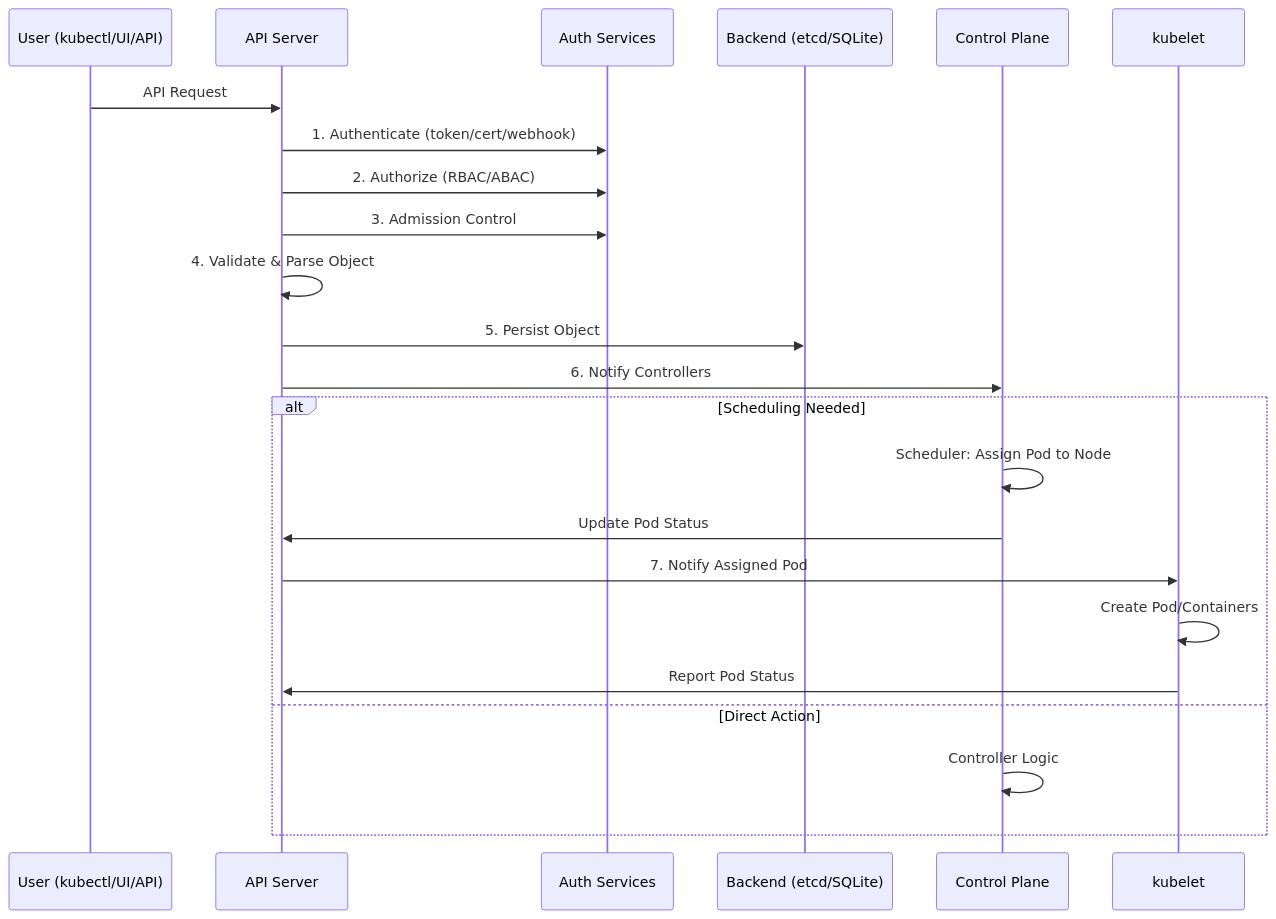
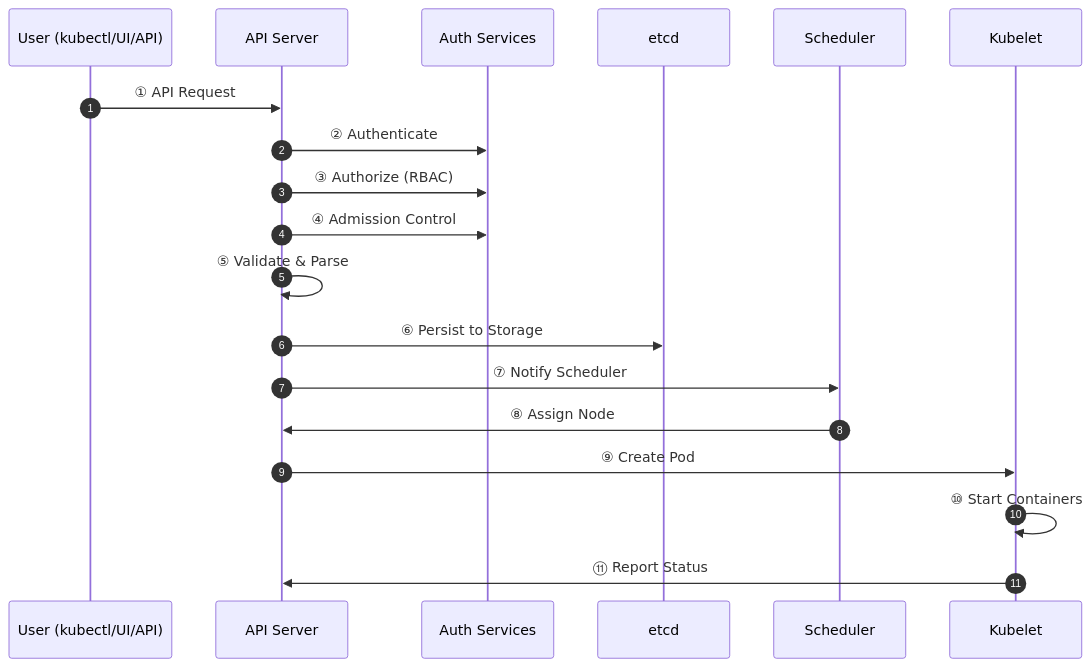
One commit to zaragholami/k8s-kubernetes changed the second of 3 diagrams in README.md. Above: the diagram before and after it, drawn with Mermaid. The commit also changed other lines of this file, not shown here.

````diff
--- a/README.md
+++ b/README.md
@@ -96,26 +92,22 @@
 ```mermaid
 sequenceDiagram
+    autonumber
     participant User as User (kubectl/UI/API)
-    participant API_Server as API Server
+    participant API as API Server
     participant Auth as Auth Services
-    participant Backend as Backend (etcd/SQLite)
-    participant Control as Control Plane
-    participant Kubelet as kubelet
-
-    User->>API_Server: API Request
-    API_Server->>Auth: 1. Authenticate (token/cert/webhook)
-    API_Server->>Auth: 2. Authorize (RBAC/ABAC)
-    API_Server->>Auth: 3. Admission Control
-    API_Server->>API_Server: 4. Validate & Parse Object
-    API_Server->>Backend: 5. Persist Object
-    API_Server->>Control: 6. Notify Controllers
-    alt Scheduling Needed
-        Control->>Control: Scheduler: Assign Pod to Node
-        Control->>API_Server: Update Pod Status
-        API_Server->>Kubelet: 7. Notify Assigned Pod
-        Kubelet->>Kubelet: Create Pod/Containers
-        Kubelet->>API_Server: Report Pod Status
-    else Direct Action
-        Control->>Control: Controller Logic
-    end
+    participant etcd as etcd
+    participant Scheduler
+    participant Kubelet
+    
+    User->>API: ① API Request
+    API->>Auth: ② Authenticate
+    API->>Auth: ③ Authorize (RBAC)
+    API->>Auth: ④ Admission Control
+    API->>API: ⑤ Validate & Parse
+    API->>etcd: ⑥ Persist to Storage
+    API->>Scheduler: ⑦ Notify Scheduler
+    Scheduler->>API: ⑧ Assign Node
+    API->>Kubelet: ⑨ Create Pod
+    Kubelet->>Kubelet: ⑩ Start Containers
+    Kubelet->>API: ⑪ Report Status
 ```
````
